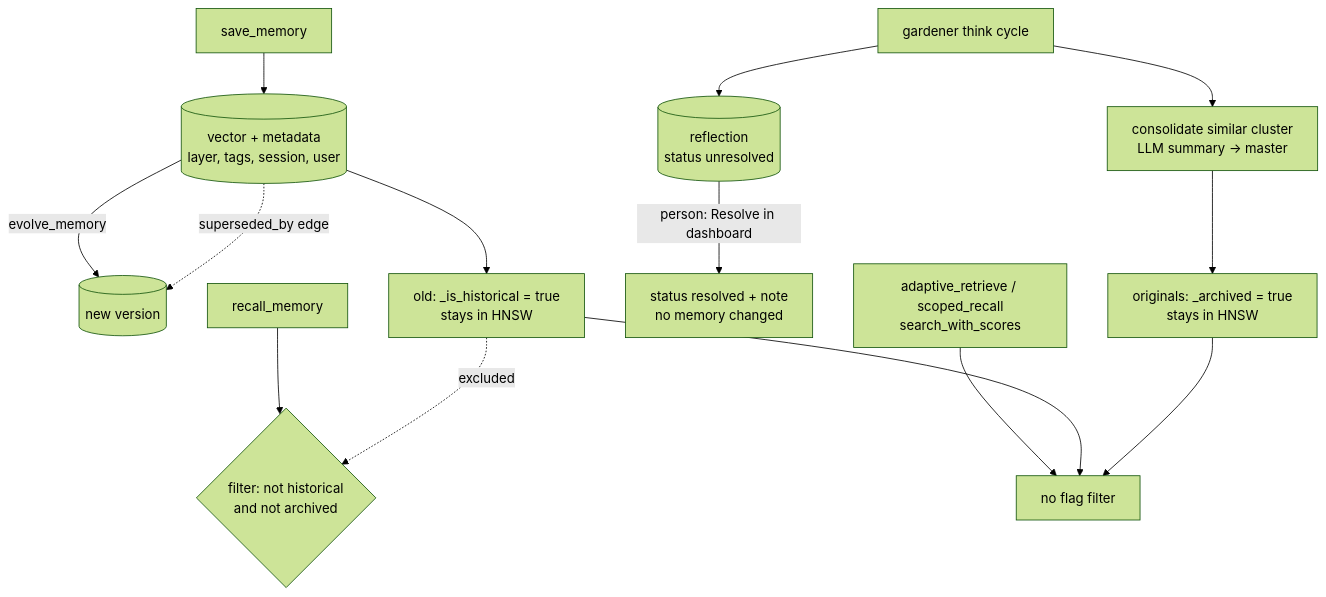
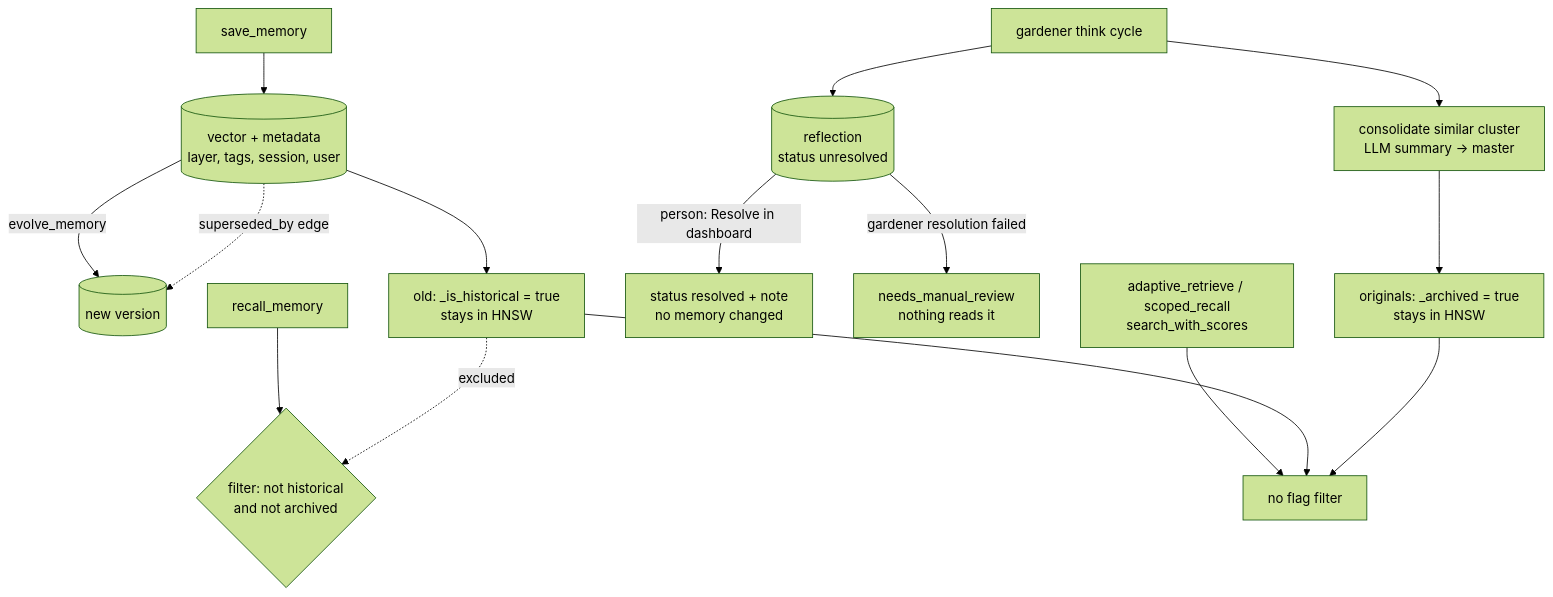
Before and after one commit to neoneye/agent-memory-atlas: the diagram in content/systems/kektordb.md, drawn with Mermaid (forest theme). The commit also changed other lines of this file and 9 other files, not shown here.

````diff
--- a/content/systems/kektordb.md
+++ b/content/systems/kektordb.md
@@ -88,17 +101,18 @@
 ```mermaid
 %% caption: supersession and consolidation are flags on memories that stay in the index; only recall_memory reads the flags
 flowchart TB
     SAVE["save_memory"] --> MEM[("vector + metadata<br/>layer, tags, session, user")]
     MEM -->|"evolve_memory"| NEW[("new version")]
     MEM -.->|"superseded_by edge"| NEW
     MEM --> HIST["old: _is_historical = true<br/>stays in HNSW"]
     GARD["gardener think cycle"] --> CONS["consolidate similar cluster<br/>LLM summary → master"]
     CONS --> ARCH["originals: _archived = true<br/>stays in HNSW"]
     GARD --> REFL[("reflection<br/>status unresolved")]
     REFL -->|"person: Resolve in dashboard"| NOTE["status resolved + note<br/>no memory changed"]
+    REFL -->|"gardener resolution failed"| ESC["needs_manual_review<br/>nothing reads it"]
     Q1["recall_memory"] --> F1{"filter: not historical<br/>and not archived"}
     Q2["adaptive_retrieve / scoped_recall<br/>search_with_scores"] --> F2["no flag filter"]
     HIST --> F2
     ARCH --> F2
     HIST -.->|"excluded"| F1
 ```
````
